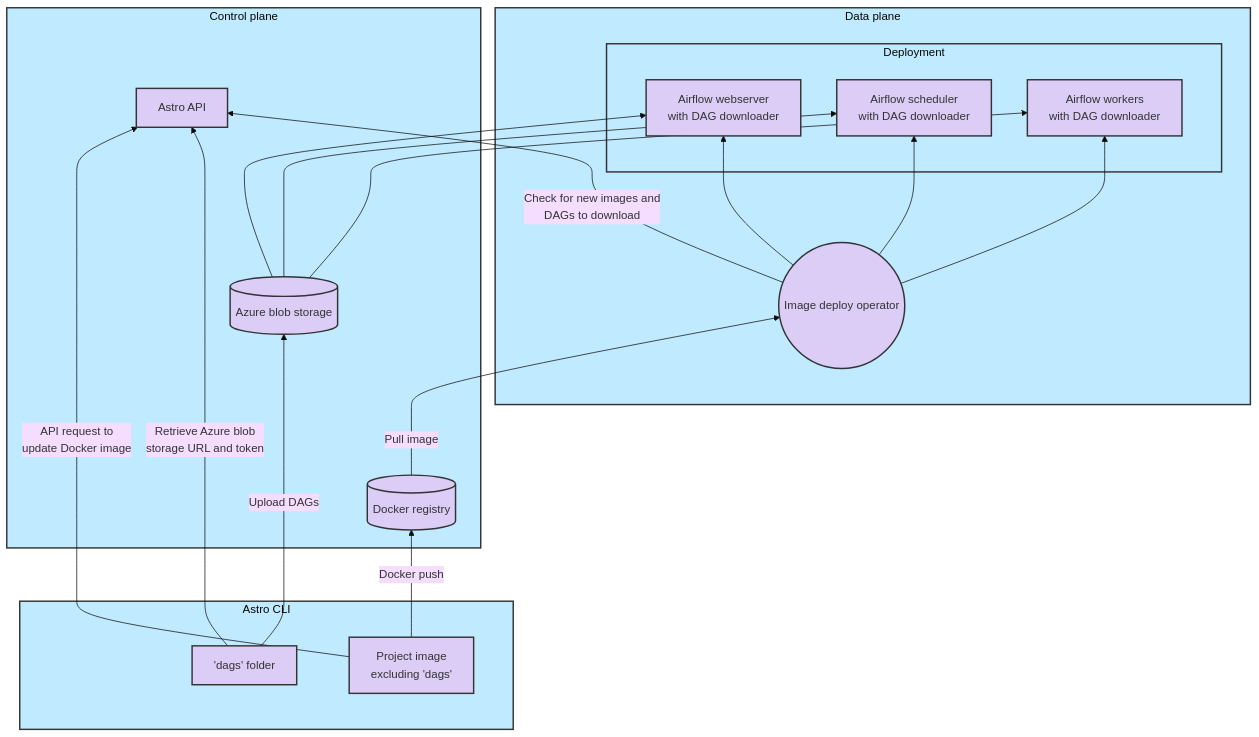
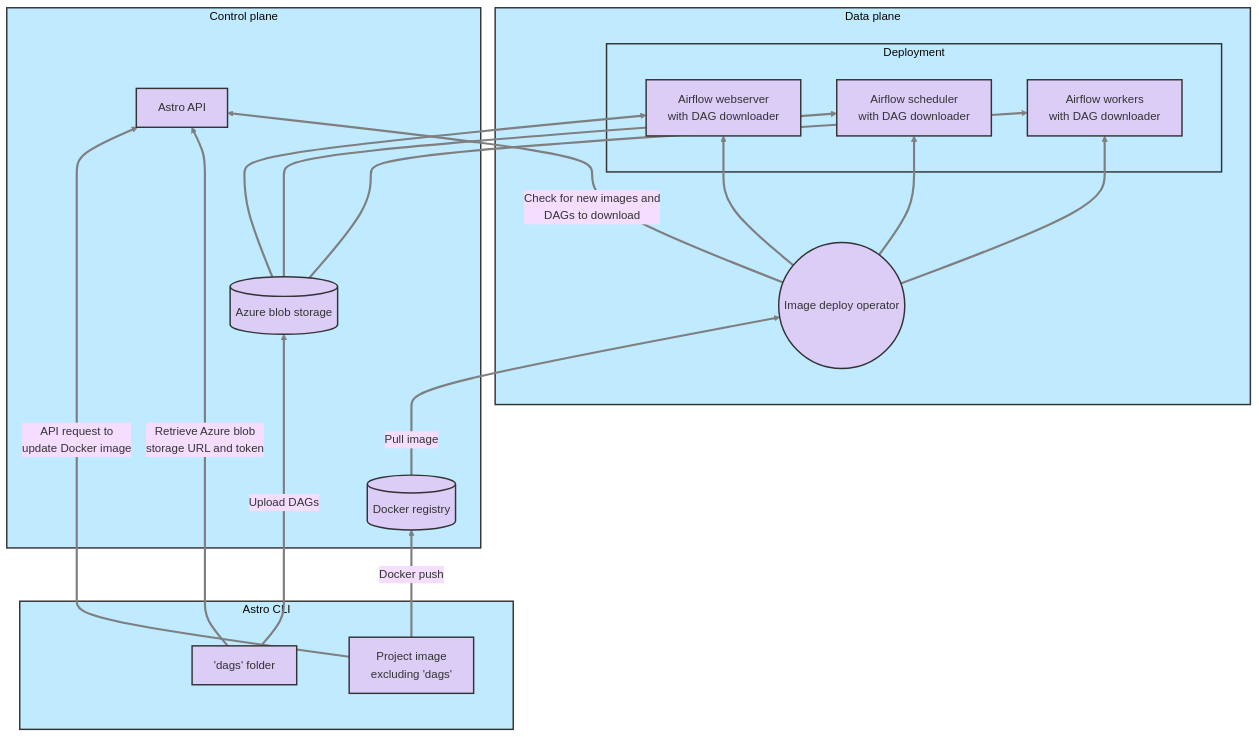
Before and after one commit to grahamcarman/docs: the diagram in astro/deploy-project-image.md, drawn with Mermaid (base theme). The commit also changed 6 other files, not shown here.

Commit message:
Hotfix- fix styling on mermaid dark mode

````diff
--- a/astro/deploy-project-image.md
+++ b/astro/deploy-project-image.md
@@ -106,43 +106,44 @@
 ```mermaid
 flowchart BT;
 classDef subgraph_padding fill:none,stroke:none
 classDef astro fill:#dbcdf6,stroke:#333,stroke-width:2px;
     subgraph AstroCLI[Astro CLI]
     subgraph subgraph_padding1 [ ]
     id10
     id1
     end
     end
     subgraph ControlPlane[Control plane]
     id9[(Azure blob storage)]:::astro
     id2[Astro API]:::astro
     id4[(Docker registry)]:::astro
     end
     subgraph DataPlane ["Data plane"]
     subgraph subgraph_padding3 [ ]
     id5(("Image deploy operator")):::astro
     subgraph Deployment ["Deployment"]
     subgraph subgraph_padding2 [ ]
     id6["Airflow webserver </br> with DAG downloader"]:::astro
     id7["Airflow scheduler </br> with DAG downloader"]:::astro
     id8["Airflow workers </br> with DAG downloader"]:::astro
     end
     end
     end
     end
     id1["Project image </br> excluding 'dags'"]:::astro-->|API request to <br/>update Docker image| id2;
     id10["'dags' folder"]:::astro-->|Upload DAGs|id9
     id10-->|Retrieve Azure blob </br> storage URL and token|id2
     id1-->|Docker push| id4
     id4-->|Pull image|id5
     id5-->id6 & id7 & id8
     id5-->|Check for new images and </br> DAGs to download|id2
     id9-->id6 & id7 & id8
     class subgraph_padding3 subgraph_padding
     class subgraph_padding2 subgraph_padding
     class subgraph_padding1 subgraph_padding
+    linkStyle 0,1,2,3,4,5,6,7,8,9,10,11 stroke:#7f7f7f,stroke-width:3px
     style ControlPlane fill:#bfeaff,stroke:#333,stroke-width:2px
     style DataPlane fill:#bfeaff,stroke:#333,stroke-width:2px
     style AstroCLI fill:#bfeaff,stroke:#333,stroke-width:2px
     style Deployment fill:#bfeaff,stroke:#333,stroke-width:2px
 ```
````
